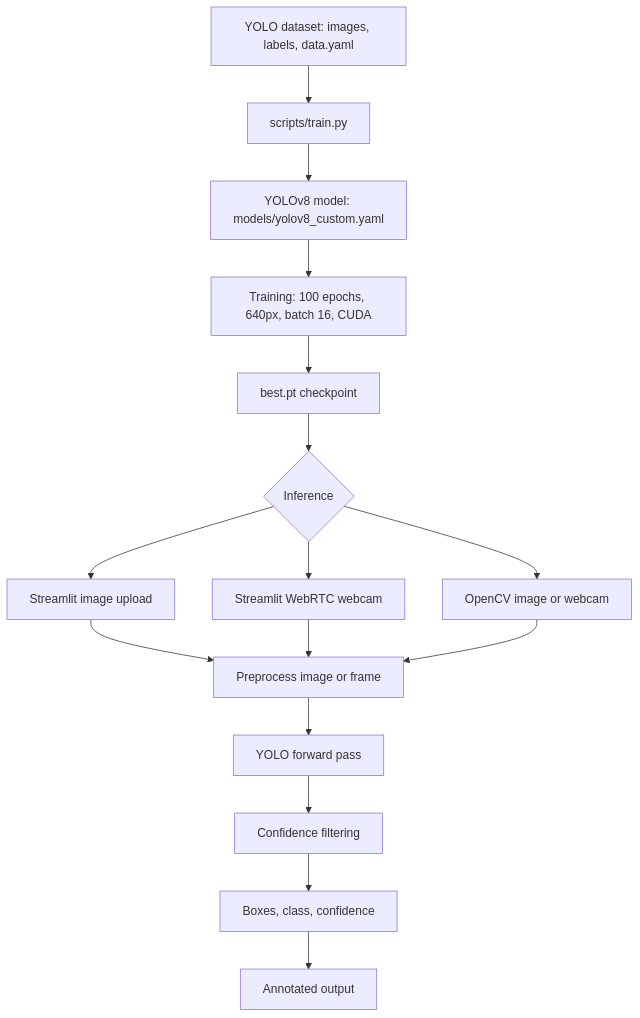
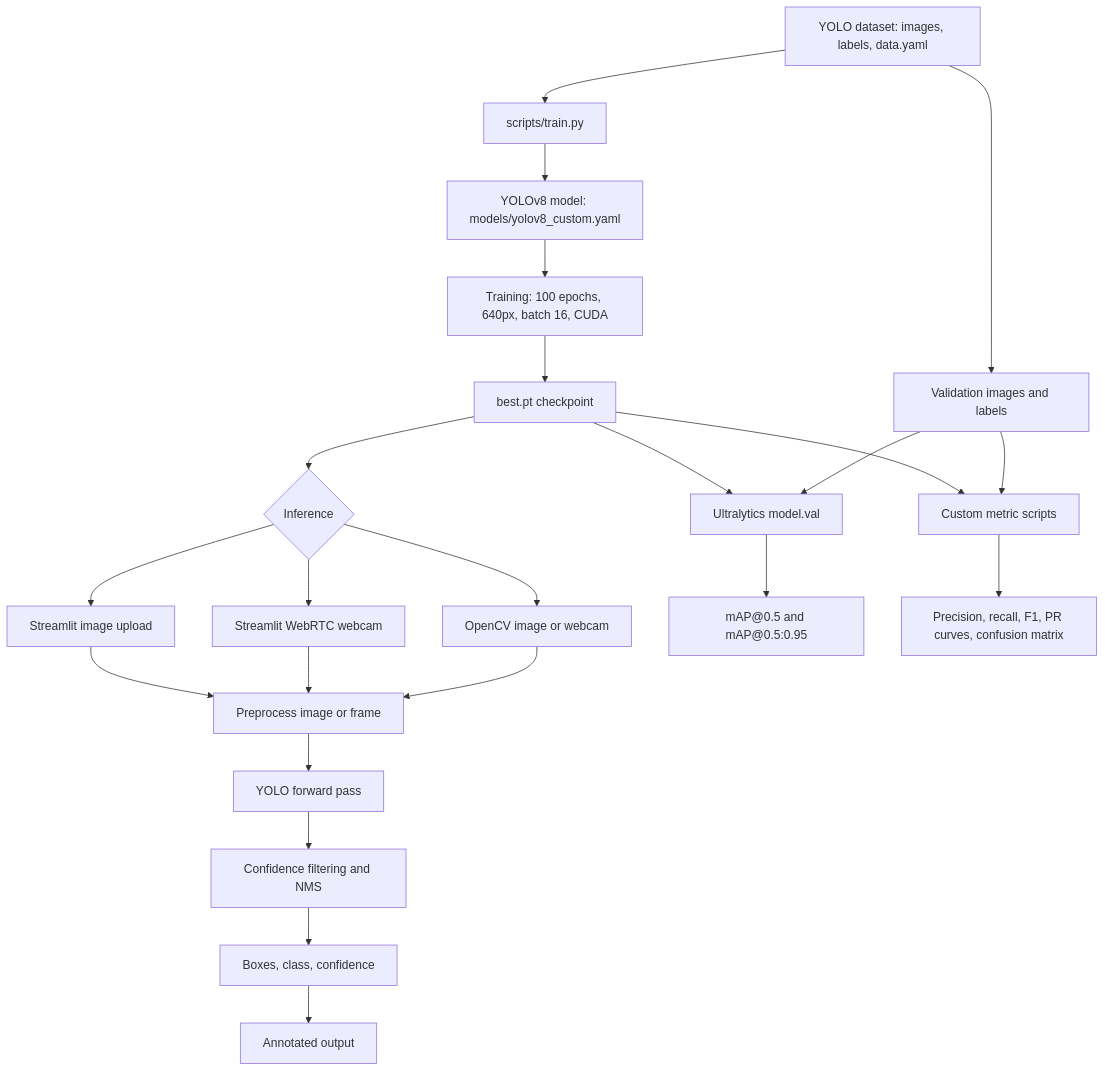
One commit to ragebhanukiran/ObjectDetectionModelUsingYOLO changed the diagram in README.md. Above: the diagram before and after it, drawn with Mermaid. The commit also changed other lines of this file, not shown here.

Commit message:
docs: restore comprehensive YOLO flow and project information

````diff
--- a/README.md
+++ b/README.md
@@ -9,18 +9,27 @@
 ```mermaid
 flowchart TD
     A[YOLO dataset: images, labels, data.yaml] --> B[scripts/train.py]
     B --> C[YOLOv8 model: models/yolov8_custom.yaml]
     C --> D[Training: 100 epochs, 640px, batch 16, CUDA]
     D --> E[best.pt checkpoint]
+
     E --> F{Inference}
     F --> G[Streamlit image upload]
     F --> H[Streamlit WebRTC webcam]
     F --> I[OpenCV image or webcam]
     G --> J[Preprocess image or frame]
     H --> J
     I --> J
     J --> K[YOLO forward pass]
-    K --> L[Confidence filtering]
+    K --> L[Confidence filtering and NMS]
     L --> M[Boxes, class, confidence]
     M --> N[Annotated output]
+
+    A --> O[Validation images and labels]
+    E --> P[Ultralytics model.val]
+    O --> P
+    E --> Q[Custom metric scripts]
+    O --> Q
+    P --> R["mAP@0.5 and mAP@0.5:0.95"]
+    Q --> S["Precision, recall, F1, PR curves, confusion matrix"]
 ```
````
